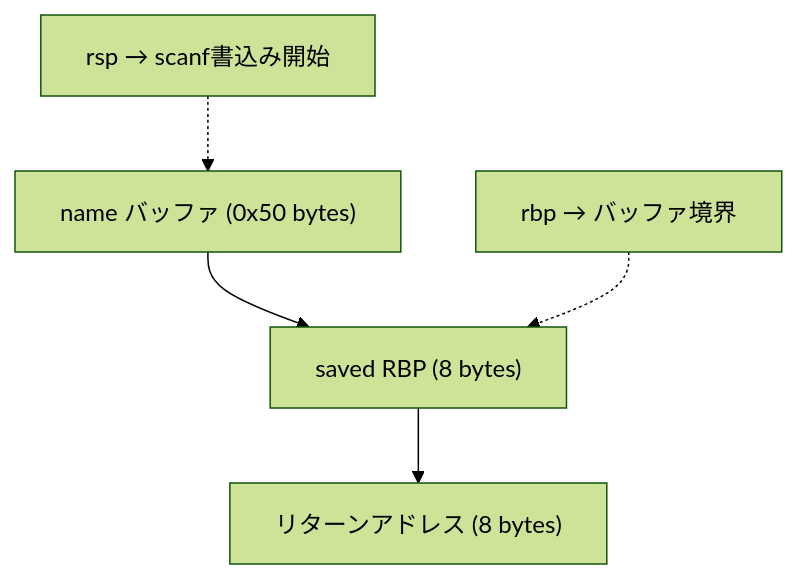
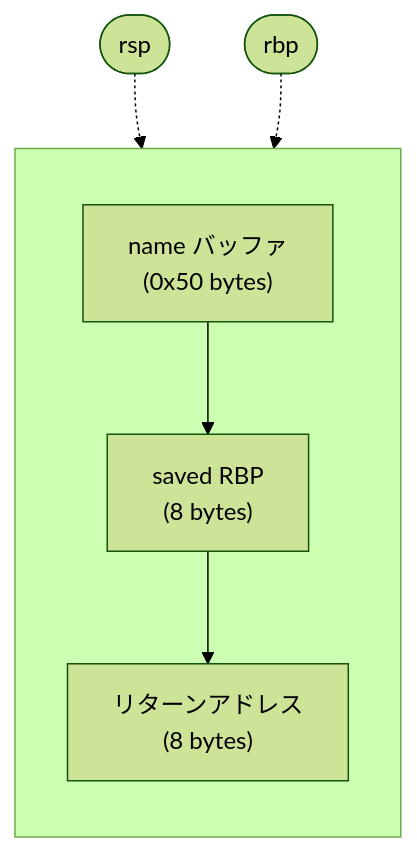
One commit to kame-service-tarou/myRepository changed the diagram in pwn/2026_10/Re_super_easy3/README.md. Above: the diagram before and after it, drawn with Mermaid (forest theme). The commit also changed 1 other file, not shown here.

Commit message:
変更した

````diff
--- a/pwn/2026_10/Re_super_easy3/README.md
+++ b/pwn/2026_10/Re_super_easy3/README.md
@@ -111,10 +111,12 @@
 ```mermaid
 flowchart TB
-    BUF["name バッファ (0x50 bytes)"]
-    RBP["saved RBP (8 bytes)"]
-    RET["リターンアドレス (8 bytes)"]
-    RSP["rsp → scanf書込み開始"] -.-> BUF
-    BUF --> RBP
-    RBP --> RET
-    RBPLABEL["rbp → バッファ境界"] -.-> RBP
+    subgraph Stack[" "]
+        direction TB
+        BUF["name バッファ<br/>(0x50 bytes)"]
+        RBP["saved RBP<br/>(8 bytes)"]
+        RET["リターンアドレス<br/>(8 bytes)"]
+        BUF --> RBP --> RET
+    end
+    RSP(["rsp"]) -.-> BUF
+    RBPLABEL(["rbp"]) -.-> RBP
 ```
````
